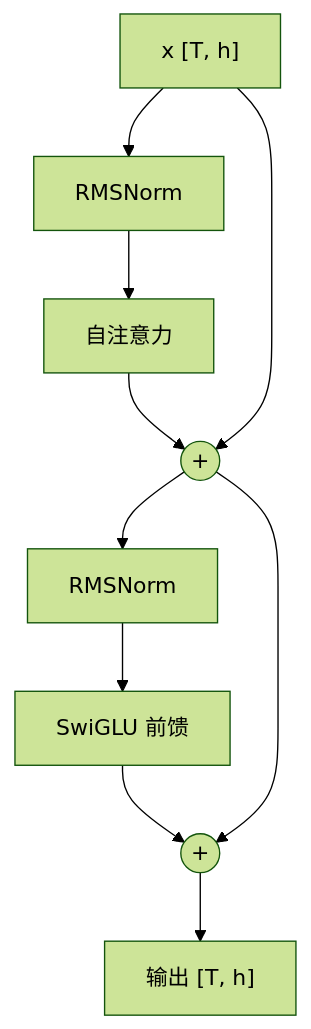
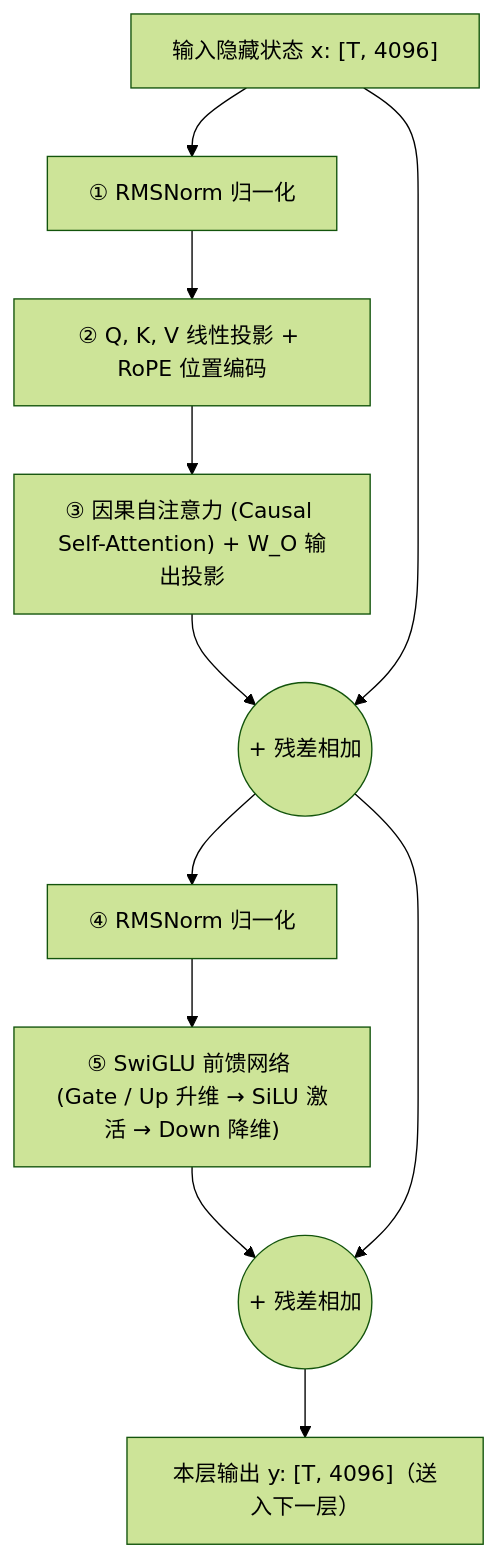
The second of 2 diagrams in stage1/01-transformer-anatomy.md (zrpxx/hands-on-llm-serving-opt), drawn with Mermaid (forest theme) before and after one commit. The commit also changed other lines of this file and 22 other files, not shown here.

````diff
--- a/stage1/01-transformer-anatomy.md
+++ b/stage1/01-transformer-anatomy.md
@@ -51,8 +68,13 @@
 ```mermaid
 flowchart TB
-  X["x [T, h]"] --> N1["RMSNorm"] --> ATT["自注意力"] --> ADD1(("+"))
+  X["输入隐藏状态 x: [T, 4096]"] --> N1["① RMSNorm 归一化"]
+  N1 --> QKV["② Q, K, V 线性投影 + RoPE 位置编码"]
+  QKV --> ATT["③ 因果自注意力 (Causal Self-Attention) + W_O 输出投影"]
+  ATT --> ADD1(("+ 残差相加"))
   X --> ADD1
-  ADD1 --> N2["RMSNorm"] --> MLP["SwiGLU 前馈"] --> ADD2(("+"))
+  ADD1 --> N2["④ RMSNorm 归一化"]
+  N2 --> MLP["⑤ SwiGLU 前馈网络 (Gate / Up 升维 → SiLU 激活 → Down 降维)"]
+  MLP --> ADD2(("+ 残差相加"))
   ADD1 --> ADD2
-  ADD2 --> Y["输出 [T, h]"]
+  ADD2 --> Y["本层输出 y: [T, 4096]（送入下一层）"]
 ```
````
